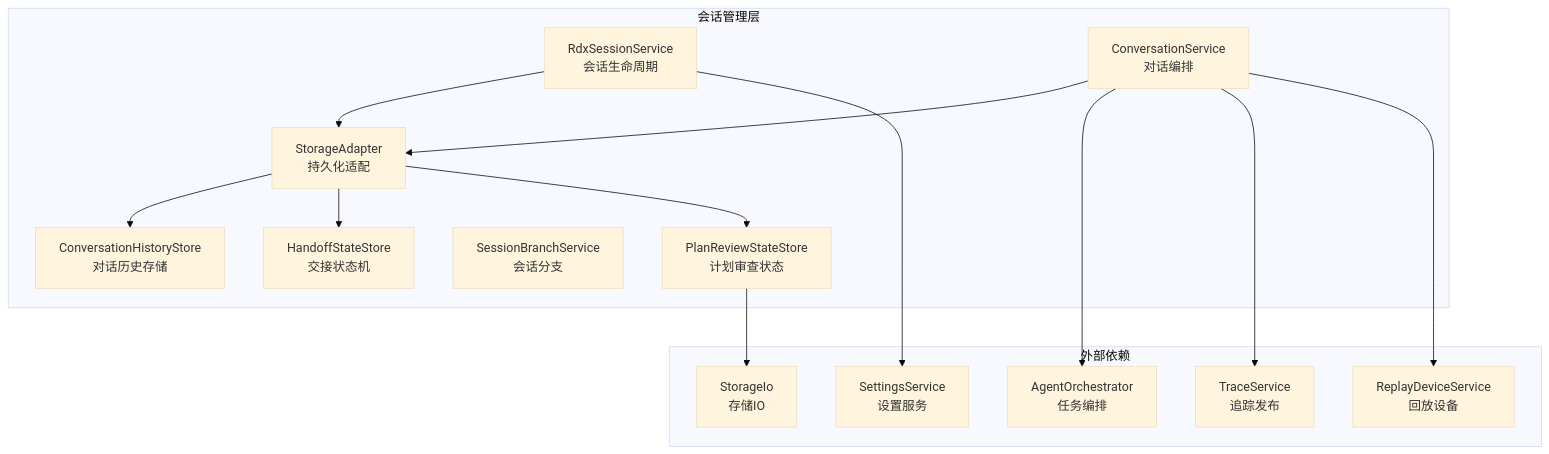
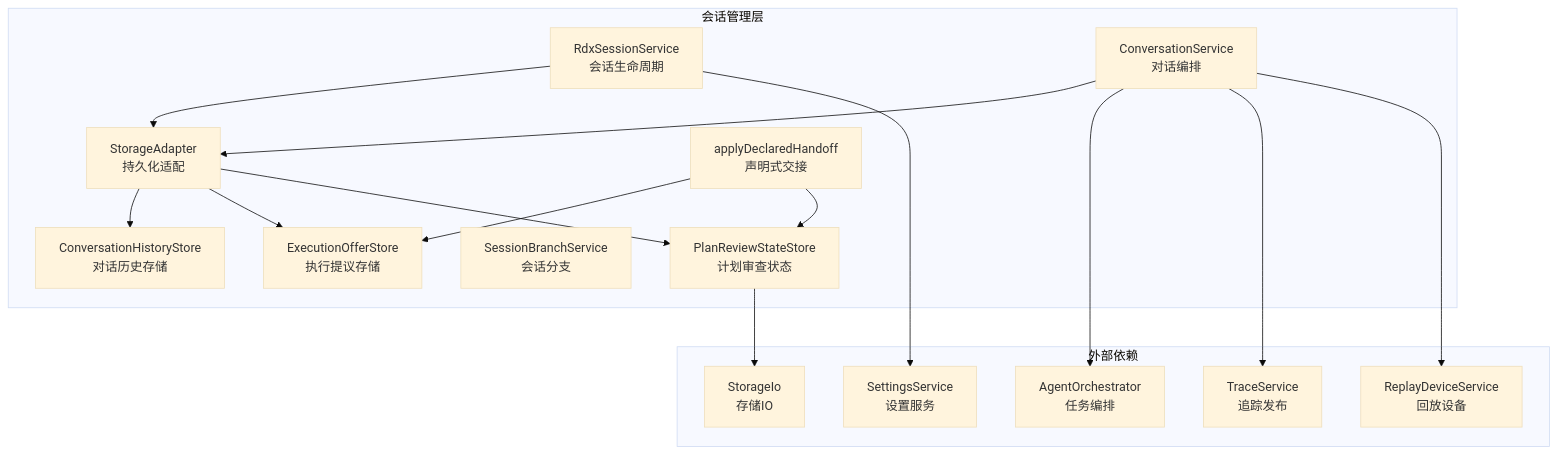
The first of 8 diagrams in .qoder/repowiki/zh/content/核心模块/会话管理系统/会话管理系统.md (haolange/RDC-Agent), drawn with Mermaid (base theme) before and after one commit. The commit also changed other lines of this file and 90 other files, not shown here.

````diff
--- a/.qoder/repowiki/zh/content/核心模块/会话管理系统/会话管理系统.md
+++ b/.qoder/repowiki/zh/content/核心模块/会话管理系统/会话管理系统.md
@@ -53,29 +57,32 @@
 ```mermaid
 graph TB
 subgraph "会话管理层"
 A["RdxSessionService<br/>会话生命周期"]
 B["ConversationService<br/>对话编排"]
 C["StorageAdapter<br/>持久化适配"]
-D["HandoffStateStore<br/>交接状态机"]
-E["ConversationHistoryStore<br/>对话历史存储"]
-F["SessionBranchService<br/>会话分支"]
-G["PlanReviewStateStore<br/>计划审查状态"]
+D["applyDeclaredHandoff<br/>声明式交接"]
+E["ExecutionOfferStore<br/>执行提议存储"]
+F["ConversationHistoryStore<br/>对话历史存储"]
+G["SessionBranchService<br/>会话分支"]
+H["PlanReviewStateStore<br/>计划审查状态"]
 end
 subgraph "外部依赖"
-H["AgentOrchestrator<br/>任务编排"]
-I["TraceService<br/>追踪发布"]
-J["ReplayDeviceService<br/>回放设备"]
-K["SettingsService<br/>设置服务"]
-L["StorageIo<br/>存储IO"]
+I["AgentOrchestrator<br/>任务编排"]
+J["TraceService<br/>追踪发布"]
+K["ReplayDeviceService<br/>回放设备"]
+L["SettingsService<br/>设置服务"]
+M["StorageIo<br/>存储IO"]
 end
 A --> C
 B --> C
-B --> H
 B --> I
+B --> J
+C --> F
 C --> E
-C --> D
-C --> G
-B --> J
-A --> K
-G --> L
+C --> H
+B --> K
+A --> L
+H --> M
+D --> E
+D --> H
 ```
````
